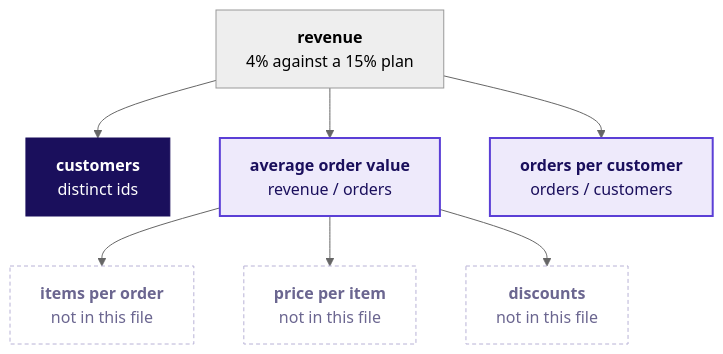
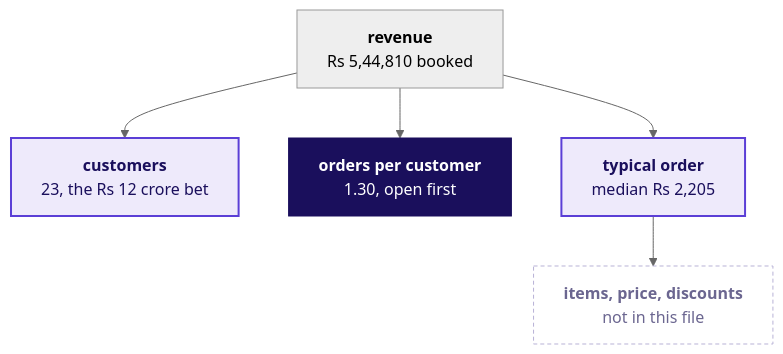
One commit to fde-academy-lab/c2-content-factory changed the second of 2 diagrams in content/W01/D1/study-notes/C2_W01_D01_notes_STUDENT.md. Above: the diagram before and after it, drawn with Mermaid (neutral theme). The commit also changed other lines of this file and 11 other files, not shown here.

First line of the commit message:
W01 D1 reading and trainer: day sheet on the domain-first grid, notes per chapter, board work with the story's drawings, six-crux cheat sheet, Kahoot by chapter, companion walk and two new workbook tabs

````diff
--- a/content/W01/D1/study-notes/C2_W01_D01_notes_STUDENT.md
+++ b/content/W01/D1/study-notes/C2_W01_D01_notes_STUDENT.md
@@ -50,15 +66,13 @@
 ```mermaid
 flowchart TB
-    R["<b>revenue</b><br/>4% against a 15% plan"] --> C["<b>customers</b><br/>distinct ids"]
-    R --> A["<b>average order value</b><br/>revenue / orders"]
-    A --> I["<b>items per order</b><br/>not in this file"]
-    A --> P["<b>price per item</b><br/>not in this file"]
-    A --> D["<b>discounts</b><br/>not in this file"]
-    R --> F["<b>orders per customer</b><br/>orders / customers"]
+    R["<b>revenue</b><br/>Rs 5,44,810 booked"] --> C["<b>customers</b><br/>23, the Rs 12 crore bet"]
+    R --> F["<b>orders per customer</b><br/>1.30, open first"]
+    R --> A["<b>typical order</b><br/>median Rs 2,205"]
+    A --> I["<b>items, price, discounts</b><br/>not in this file"]
     classDef known fill:#EEEAFB,stroke:#5B3FD6,color:#1A0F5C,stroke-width:2px
     classDef unknown fill:#FFFFFF,stroke:#B8B2D6,color:#6B6690,stroke-dasharray:4 3
     classDef bet fill:#1A0F5C,stroke:#1A0F5C,color:#FFFFFF
-    class F,A known
-    class I,P,D unknown
-    class C bet
+    class C,A known
+    class I unknown
+    class F bet
 ```
````
